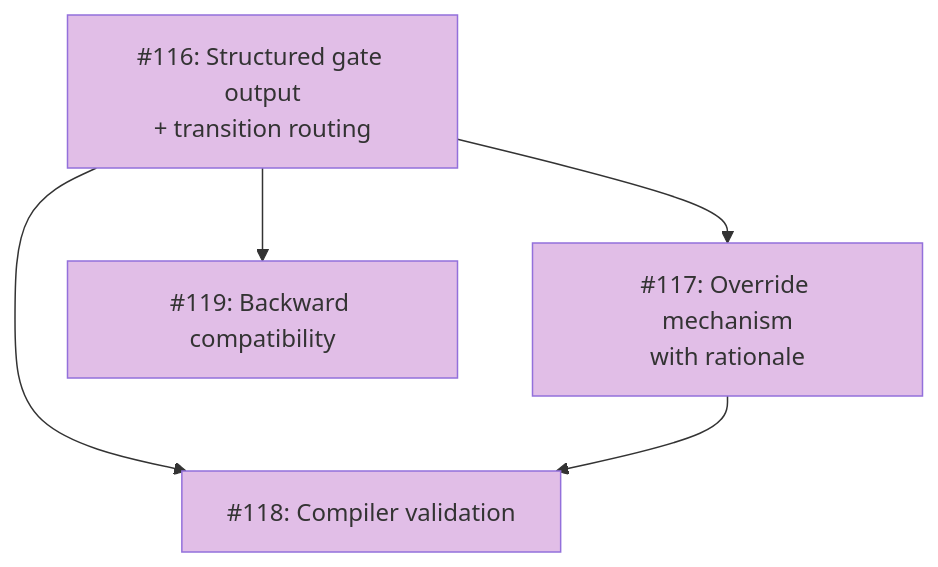
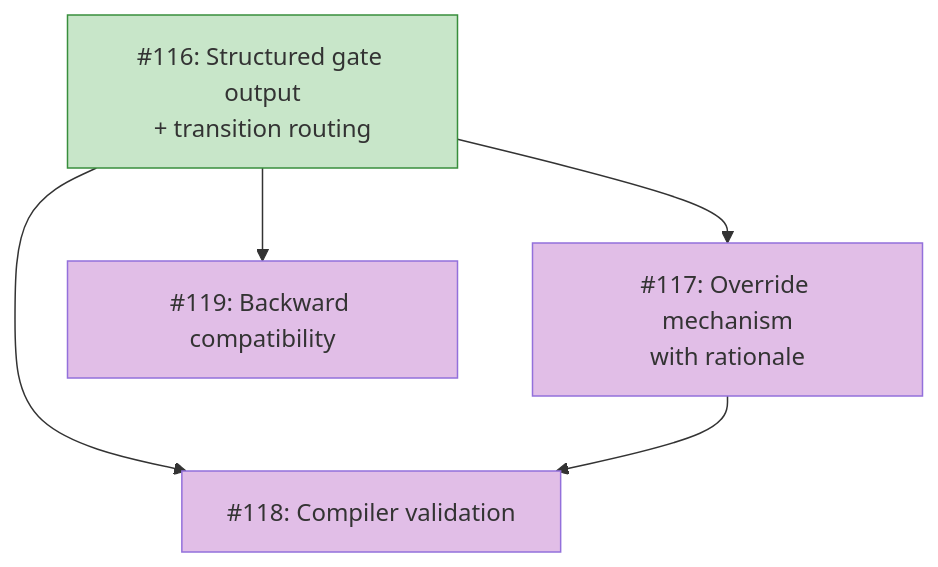
Before and after one commit to tsukumogami/koto: the diagram in docs/roadmaps/ROADMAP-gate-transition-contract.md, drawn with Mermaid. The commit also changed other lines of this file, not shown here.

Commit message:
docs(roadmap): mark #116 complete, update issues table and dependency graph

````diff
--- a/docs/roadmaps/ROADMAP-gate-transition-contract.md
+++ b/docs/roadmaps/ROADMAP-gate-transition-contract.md
@@ -176,15 +176,17 @@
 ```mermaid
 graph TD
     I116["#116: Structured gate output<br/>+ transition routing"]
     I117["#117: Override mechanism<br/>with rationale"]
     I118["#118: Compiler validation"]
     I119["#119: Backward compatibility"]
 
     I116 --> I117
     I116 --> I118
     I117 --> I118
     I116 --> I119
 
     classDef needsDesign fill:#e1bee7
-    class I116,I117,I118,I119 needsDesign
+    classDef done fill:#c8e6c9,stroke:#388e3c
+    class I117,I118,I119 needsDesign
+    class I116 done
 ```
````
